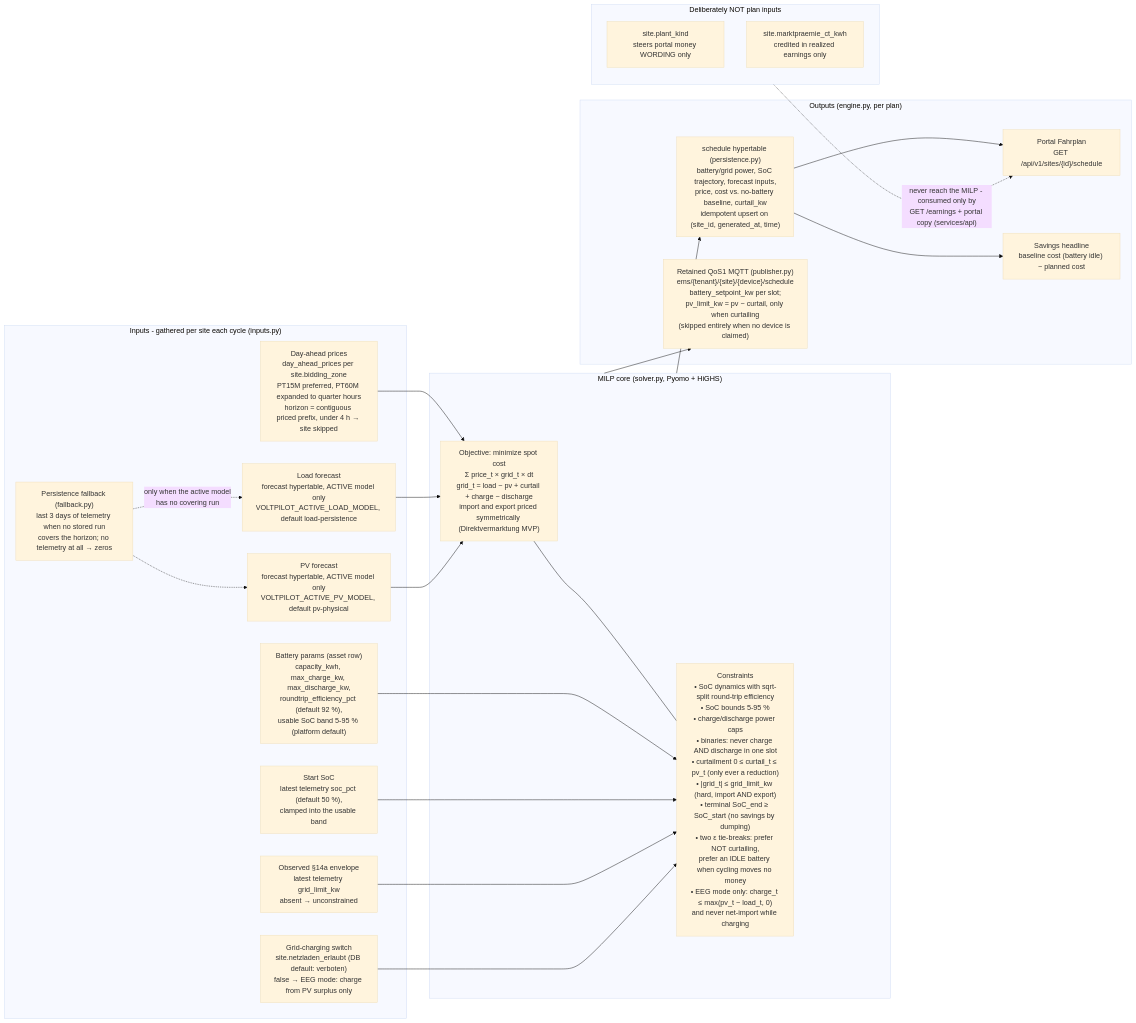
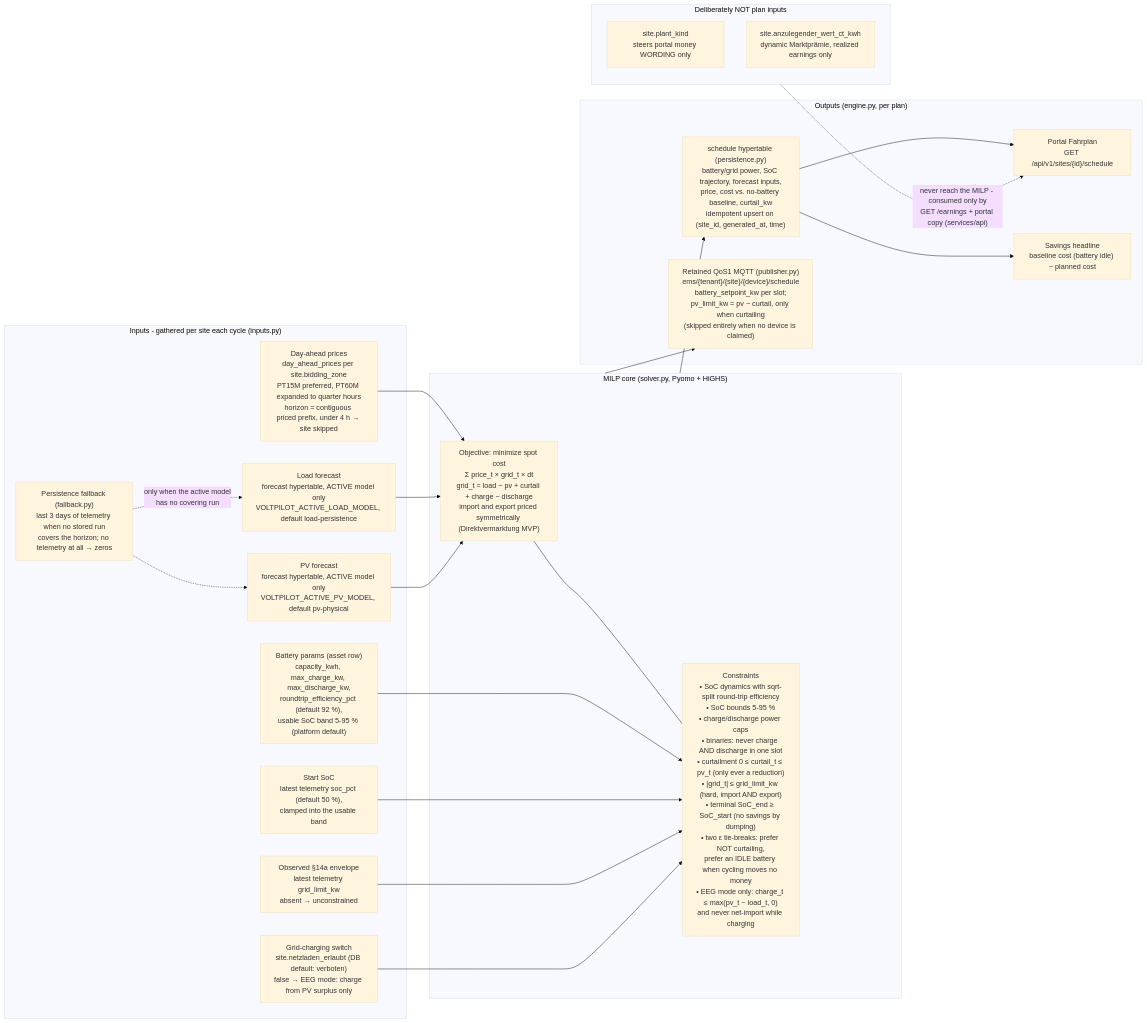
Before and after one commit to Rayleigh3105/voltpilot-ems: the diagram in services/optimization/README.md, drawn with Mermaid (base theme). The commit also changed other lines of this file and 37 other files, not shown here.

Commit message:
feat(market-data+api+portal): dynamic Marktprämie via Monatsmarktwert Solar + benchmark KPI (#93)

````diff
--- a/services/optimization/README.md
+++ b/services/optimization/README.md
@@ -15,46 +15,46 @@
 ```mermaid
 flowchart LR
     subgraph IN["Inputs - gathered per site each cycle (inputs.py)"]
         PRICES["Day-ahead prices<br/>day_ahead_prices per site.bidding_zone<br/>PT15M preferred, PT60M expanded to quarter hours<br/>horizon = contiguous priced prefix, under 4 h → site skipped"]
         LOAD["Load forecast<br/>forecast hypertable, ACTIVE model only<br/>VOLTPILOT_ACTIVE_LOAD_MODEL, default load-persistence"]
         PV["PV forecast<br/>forecast hypertable, ACTIVE model only<br/>VOLTPILOT_ACTIVE_PV_MODEL, default pv-physical"]
         FB["Persistence fallback (fallback.py)<br/>last 3 days of telemetry when no stored run<br/>covers the horizon; no telemetry at all → zeros"]
         BAT["Battery params (asset row)<br/>capacity_kwh, max_charge_kw, max_discharge_kw,<br/>roundtrip_efficiency_pct (default 92 %),<br/>usable SoC band 5-95 % (platform default)"]
         SOC["Start SoC<br/>latest telemetry soc_pct (default 50 %),<br/>clamped into the usable band"]
         LIMIT["Observed §14a envelope<br/>latest telemetry grid_limit_kw<br/>absent → unconstrained"]
         NETZ["Grid-charging switch<br/>site.netzladen_erlaubt (DB default: verboten)<br/>false → EEG mode: charge from PV surplus only"]
         FB -. "only when the active model<br/>has no covering run" .-> LOAD
         FB -.-> PV
     end
 
     subgraph MILP["MILP core (solver.py, Pyomo + HiGHS)"]
         OBJ["Objective: minimize spot cost<br/>Σ price_t × grid_t × dt<br/>grid_t = load − pv + curtail + charge − discharge<br/>import and export priced symmetrically (Direktvermarktung MVP)"]
         CON["Constraints<br/>• SoC dynamics with sqrt-split round-trip efficiency<br/>• SoC bounds 5-95 %<br/>• charge/discharge power caps<br/>• binaries: never charge AND discharge in one slot<br/>• curtailment 0 ≤ curtail_t ≤ pv_t (only ever a reduction)<br/>• |grid_t| ≤ grid_limit_kw (hard, import AND export)<br/>• terminal SoC_end ≥ SoC_start (no savings by dumping)<br/>• two ε tie-breaks: prefer NOT curtailing,<br/>prefer an IDLE battery when cycling moves no money<br/>• EEG mode only: charge_t ≤ max(pv_t − load_t, 0)<br/>and never net-import while charging"]
         OBJ --- CON
     end
 
     subgraph OUT["Outputs (engine.py, per plan)"]
         DB["schedule hypertable (persistence.py)<br/>battery/grid power, SoC trajectory, forecast inputs,<br/>price, cost vs. no-battery baseline, curtail_kw<br/>idempotent upsert on (site_id, generated_at, time)"]
         MQTT["Retained QoS1 MQTT (publisher.py)<br/>ems/{tenant}/{site}/{device}/schedule<br/>battery_setpoint_kw per slot;<br/>pv_limit_kw = pv − curtail, only when curtailing<br/>(skipped entirely when no device is claimed)"]
         PORTAL["Portal Fahrplan<br/>GET /api/v1/sites/{id}/schedule"]
         SAVINGS["Savings headline<br/>baseline cost (battery idle) − planned cost"]
     end
 
     PRICES --> OBJ
     LOAD --> OBJ
     PV --> OBJ
     BAT --> CON
     SOC --> CON
     LIMIT --> CON
     NETZ --> CON
     MILP --> DB
     MILP --> MQTT
     DB --> PORTAL
     DB --> SAVINGS
 
     subgraph NOTIN["Deliberately NOT plan inputs"]
         PK["site.plant_kind<br/>steers portal money WORDING only"]
-        MP["site.marktpraemie_ct_kwh<br/>credited in realized earnings only"]
+        MP["site.anzulegender_wert_ct_kwh<br/>dynamic Marktprämie, realized earnings only"]
     end
     NOTIN -. "never reach the MILP - consumed only by<br/>GET /earnings + portal copy (services/api)" .-> PORTAL
 ```
````
